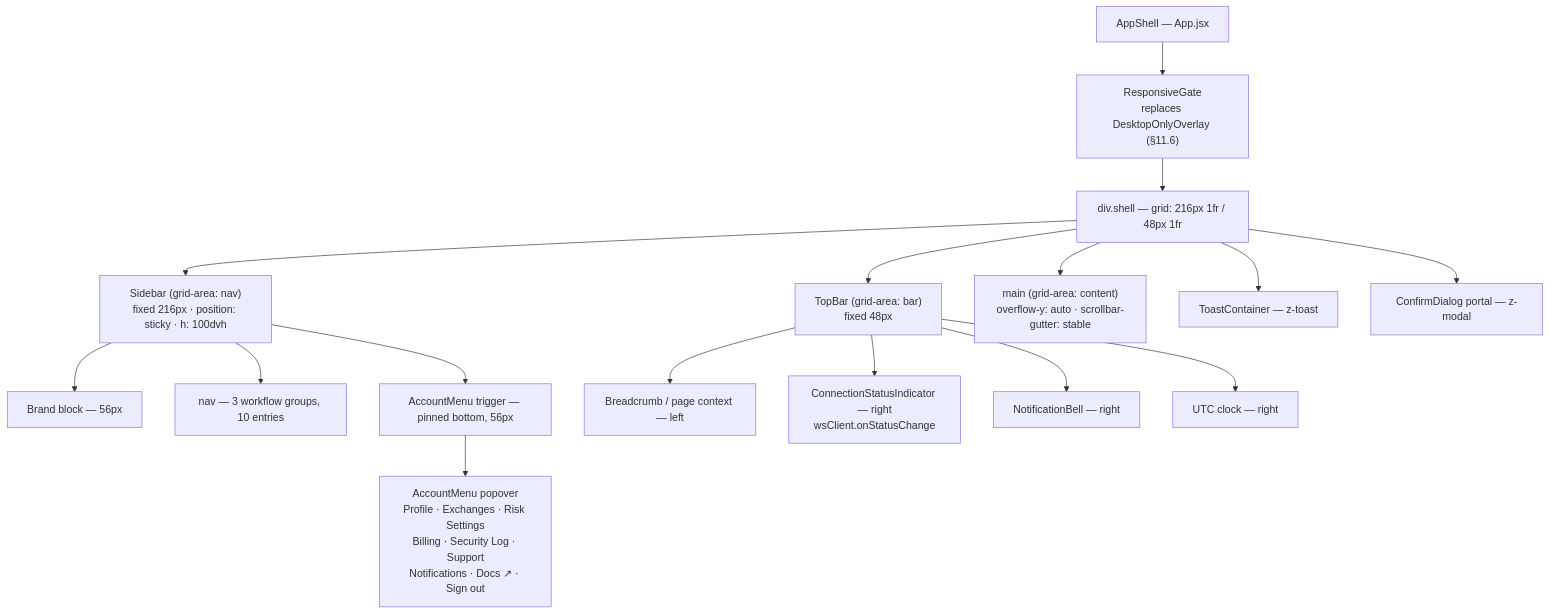
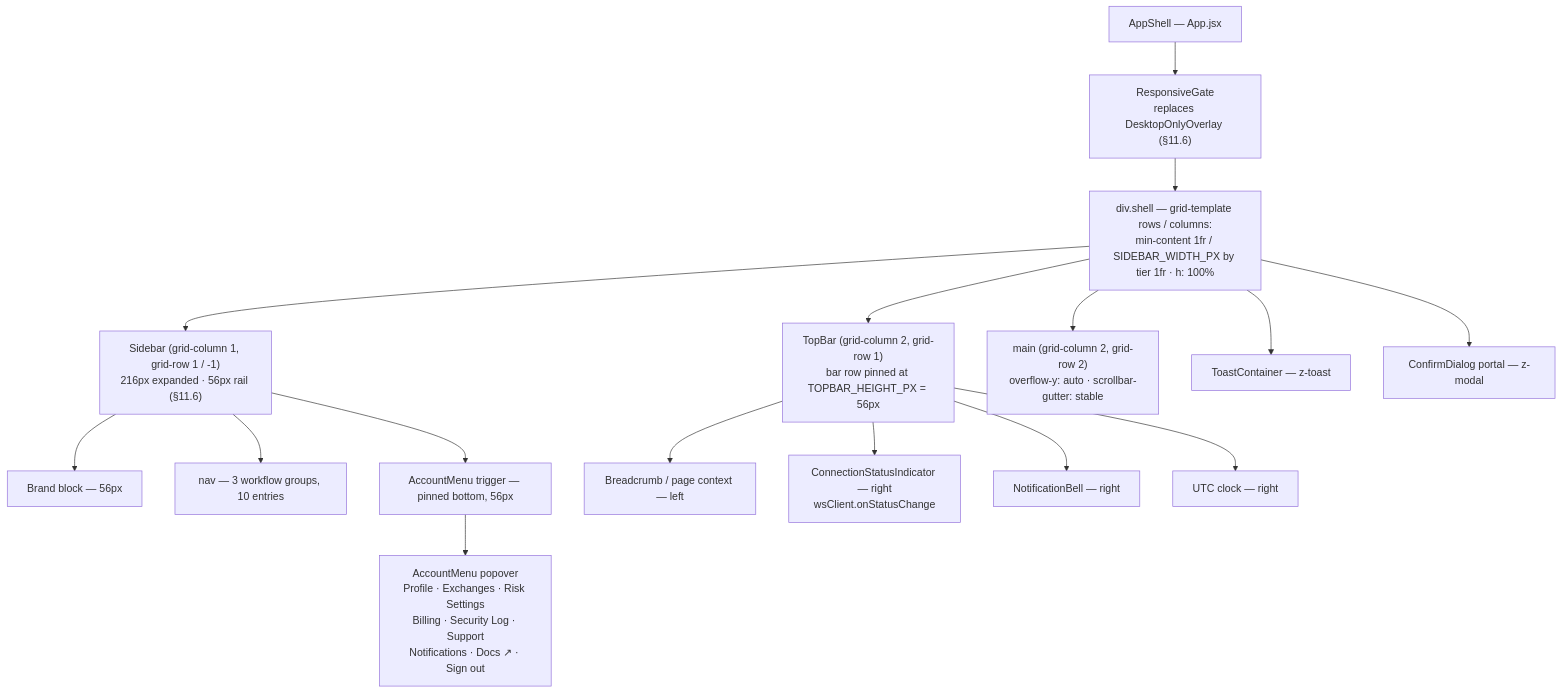
Before and after one commit to Narendra2212/vyomquant-saas: the fourth of 10 diagrams in .kiro/specs/vyomquant-ui-redesign/design.md, drawn with Mermaid. The commit also changed other lines of this file and 4 other files, not shown here.

````diff
--- a/.kiro/specs/vyomquant-ui-redesign/design.md
+++ b/.kiro/specs/vyomquant-ui-redesign/design.md
@@ -817,18 +817,18 @@
 ```mermaid
 graph TD
   A["AppShell — App.jsx"] --> B["ResponsiveGate<br/>replaces DesktopOnlyOverlay (§11.6)"]
-  B --> C["div.shell — grid: 216px 1fr / 48px 1fr"]
-  C --> D["Sidebar (grid-area: nav)<br/>fixed 216px · position: sticky · h: 100dvh"]
-  C --> E["TopBar (grid-area: bar)<br/>fixed 48px"]
-  C --> F["main (grid-area: content)<br/>overflow-y: auto · scrollbar-gutter: stable"]
+  B --> C["div.shell — grid-template rows / columns:<br/>min-content 1fr / SIDEBAR_WIDTH_PX by tier 1fr · h: 100%"]
+  C --> D["Sidebar (grid-column 1, grid-row 1 / -1)<br/>216px expanded · 56px rail (§11.6)"]
+  C --> E["TopBar (grid-column 2, grid-row 1)<br/>bar row pinned at TOPBAR_HEIGHT_PX = 56px"]
+  C --> F["main (grid-column 2, grid-row 2)<br/>overflow-y: auto · scrollbar-gutter: stable"]
   D --> D1["Brand block — 56px"]
   D --> D2["nav — 3 workflow groups, 10 entries"]
   D --> D3["AccountMenu trigger — pinned bottom, 56px"]
   E --> E1["Breadcrumb / page context — left"]
   E --> E2["ConnectionStatusIndicator — right<br/>wsClient.onStatusChange"]
   E --> E3["NotificationBell — right"]
   E --> E4["UTC clock — right"]
   D3 --> G["AccountMenu popover<br/>Profile · Exchanges · Risk Settings<br/>Billing · Security Log · Support<br/>Notifications · Docs ↗ · Sign out"]
   C --> H["ToastContainer — z-toast"]
   C --> I["ConfirmDialog portal — z-modal"]
 ```
````
